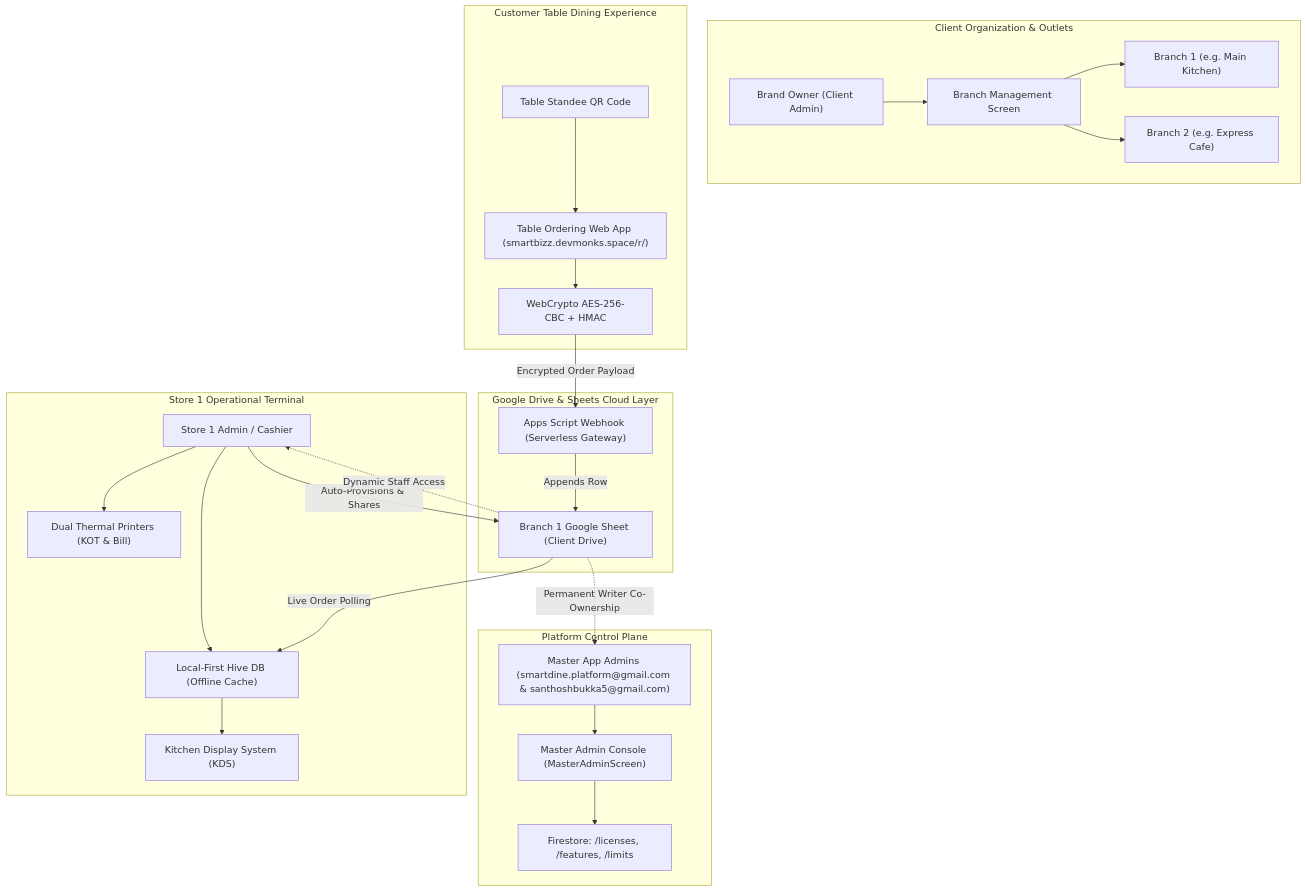
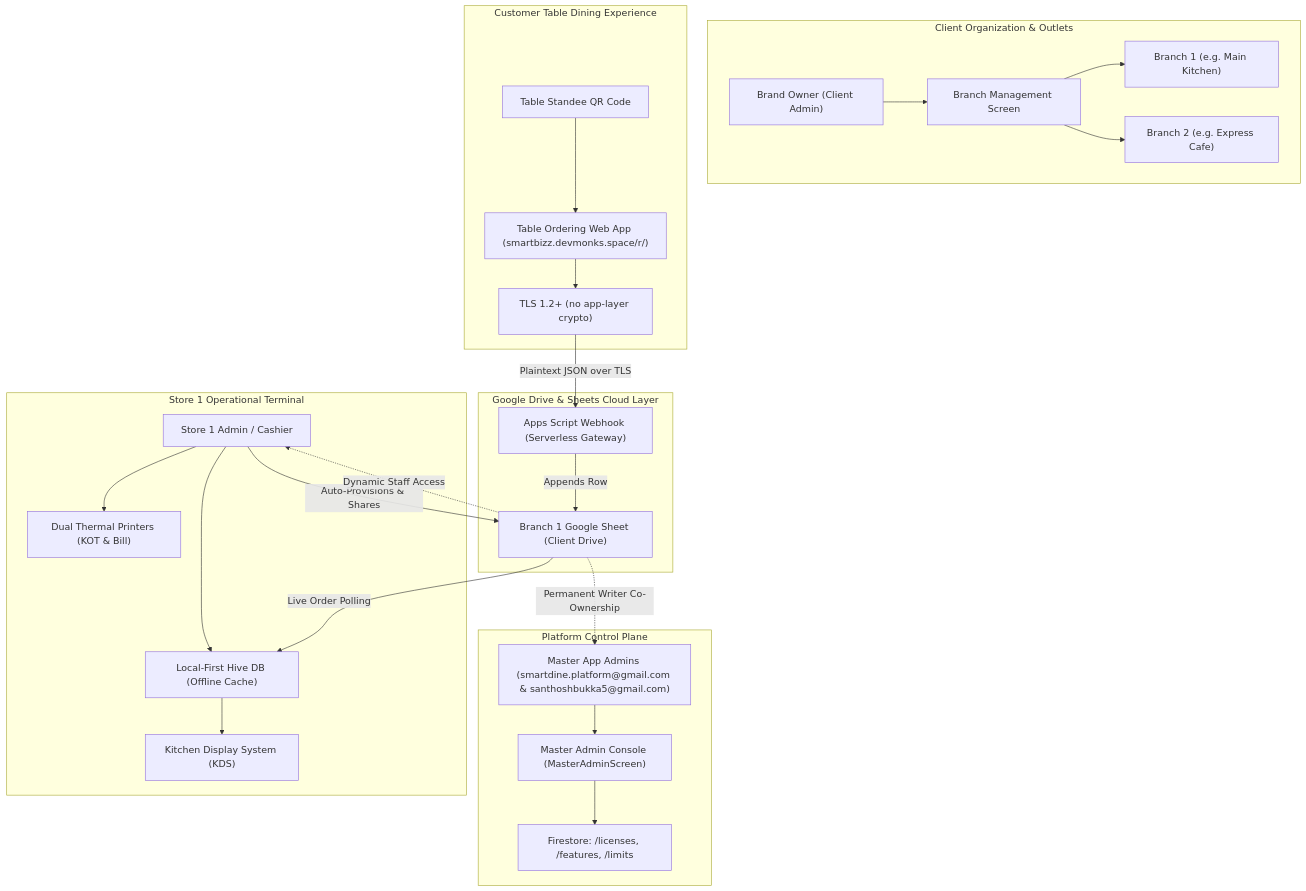
Before and after one commit to Santhosh-Guptha/smart_restaurant_pos: the first of 2 diagrams in ARCHITECTURE.md, drawn with Mermaid. The commit also changed other lines of this file and 2 other files, not shown here.

````diff
--- a/ARCHITECTURE.md
+++ b/ARCHITECTURE.md
@@ -9,49 +9,49 @@
 ```mermaid
 flowchart TD
     subgraph Platform Control Plane
         MA["Master App Admins (smartdine.platform@gmail.com & santhoshbukka5@gmail.com)"]
         MAC["Master Admin Console (MasterAdminScreen)"]
         FS_LIC["Firestore: /licenses, /features, /limits"]
         MA --> MAC
         MAC --> FS_LIC
     end
 
     subgraph Client Organization & Outlets
         BO["Brand Owner (Client Admin)"]
         BMS["Branch Management Screen"]
         OUT1["Branch 1 (e.g. Main Kitchen)"]
         OUT2["Branch 2 (e.g. Express Cafe)"]
         BO --> BMS
         BMS --> OUT1
         BMS --> OUT2
     end
 
     subgraph Store 1 Operational Terminal
         SA1["Store 1 Admin / Cashier"]
         KDS["Kitchen Display System (KDS)"]
         PRN["Dual Thermal Printers (KOT & Bill)"]
         HIVE["Local-First Hive DB (Offline Cache)"]
         SA1 --> HIVE
         SA1 --> PRN
         HIVE --> KDS
     end
 
     subgraph Google Drive & Sheets Cloud Layer
         GS1["Branch 1 Google Sheet (Client Drive)"]
         GAS["Apps Script Webhook (Serverless Gateway)"]
         SA1 -->|"Auto-Provisions & Shares"| GS1
         GS1 -.->|"Permanent Writer Co-Ownership"| MA
         GS1 -.->|"Dynamic Staff Access"| SA1
     end
 
     subgraph Customer Table Dining Experience
         ST["Table Standee QR Code"]
         WEB["Table Ordering Web App (smartbizz.devmonks.space/r/)"]
-        CRYPTO["WebCrypto AES-256-CBC + HMAC"]
+        CRYPTO["TLS 1.2+ (no app-layer crypto)"]
         ST --> WEB
         WEB --> CRYPTO
-        CRYPTO -->|"Encrypted Order Payload"| GAS
+        CRYPTO -->|"Plaintext JSON over TLS"| GAS
         GAS -->|"Appends Row"| GS1
         GS1 -->|"Live Order Polling"| HIVE
     end
 ```
````
